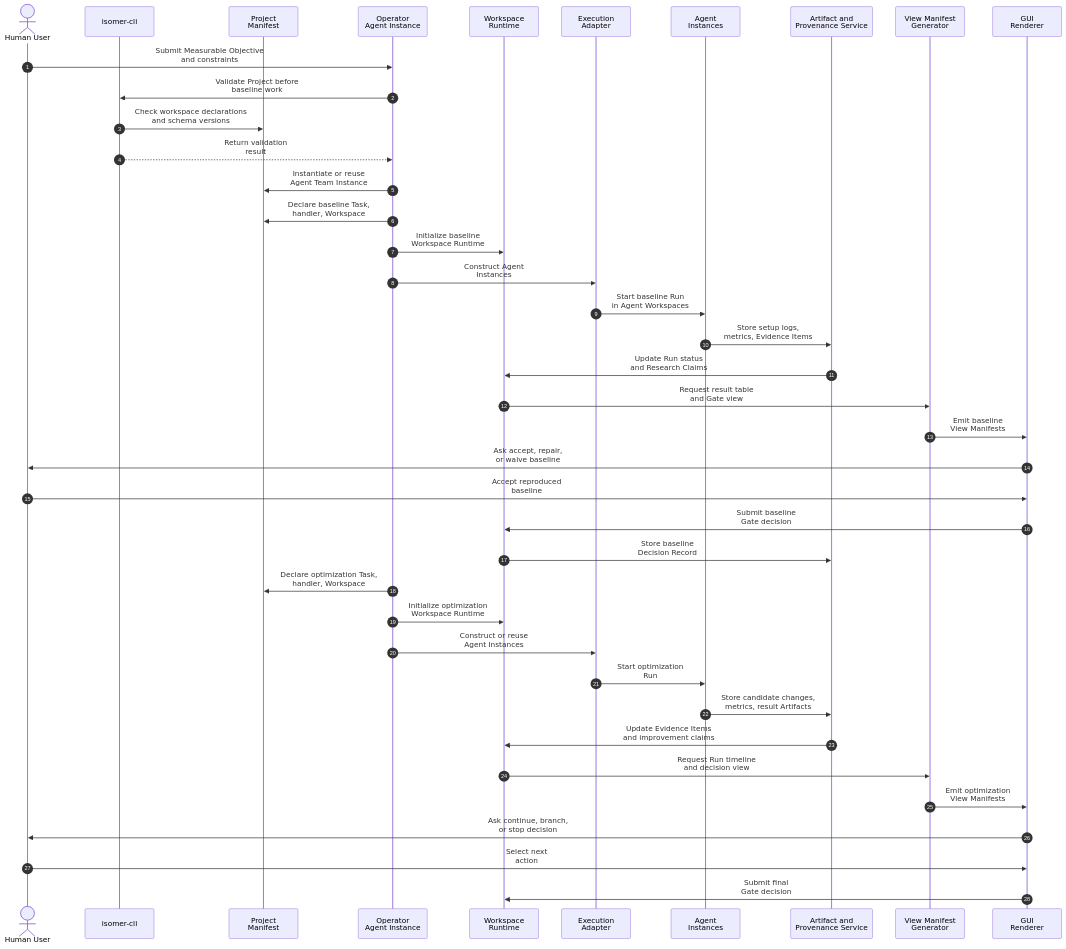
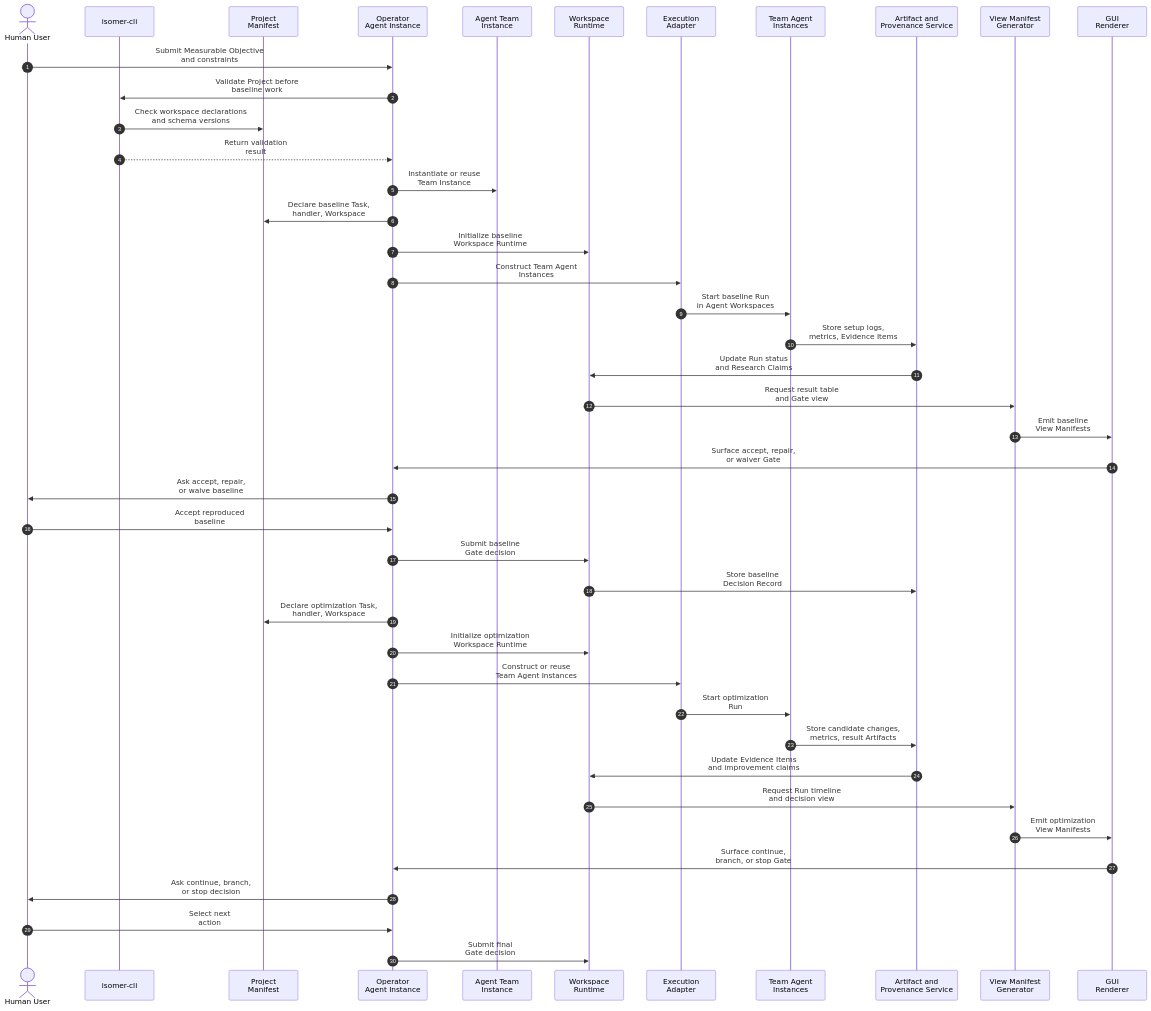
Before and after one commit to CodeGandee/isomer-labs: the second of 2 diagrams in .imsight-arts/project-explore/use-cases/uc-02-reproduce-baseline-and-optimize.md, drawn with Mermaid. The commit also changed other lines of this file and 4 other files, not shown here.

Commit message:
docs: route users through operator agent

````diff
--- a/.imsight-arts/project-explore/use-cases/uc-02-reproduce-baseline-and-optimize.md
+++ b/.imsight-arts/project-explore/use-cases/uc-02-reproduce-baseline-and-optimize.md
@@ -87,43 +92,46 @@
 ```mermaid
 sequenceDiagram
   autonumber
   actor User as Human User
   participant CLI as isomer-cli
   participant PM as Project<br/>Manifest
   participant Operator as Operator<br/>Agent Instance
+  participant Team as Agent Team<br/>Instance
   participant Runtime as Workspace<br/>Runtime
   participant Adapter as Execution<br/>Adapter
-  participant Agents as Agent<br/>Instances
+  participant Agents as Team Agent<br/>Instances
   participant Provenance as Artifact and<br/>Provenance Service
   participant Views as View Manifest<br/>Generator
   participant GUI as GUI<br/>Renderer
 
   User->>Operator: Submit Measurable Objective<br/>and constraints
   Operator->>CLI: Validate Project before<br/>baseline work
   CLI->>PM: Check workspace declarations<br/>and schema versions
   CLI-->>Operator: Return validation<br/>result
-  Operator->>PM: Instantiate or reuse<br/>Agent Team Instance
+  Operator->>Team: Instantiate or reuse<br/>Team Instance
   Operator->>PM: Declare baseline Task,<br/>handler, Workspace
   Operator->>Runtime: Initialize baseline<br/>Workspace Runtime
-  Operator->>Adapter: Construct Agent<br/>Instances
+  Operator->>Adapter: Construct Team Agent<br/>Instances
   Adapter->>Agents: Start baseline Run<br/>in Agent Workspaces
   Agents->>Provenance: Store setup logs,<br/>metrics, Evidence Items
   Provenance->>Runtime: Update Run status<br/>and Research Claims
   Runtime->>Views: Request result table<br/>and Gate view
   Views->>GUI: Emit baseline<br/>View Manifests
-  GUI->>User: Ask accept, repair,<br/>or waive baseline
-  User->>GUI: Accept reproduced<br/>baseline
-  GUI->>Runtime: Submit baseline<br/>Gate decision
+  GUI->>Operator: Surface accept, repair,<br/>or waiver Gate
+  Operator->>User: Ask accept, repair,<br/>or waive baseline
+  User->>Operator: Accept reproduced<br/>baseline
+  Operator->>Runtime: Submit baseline<br/>Gate decision
   Runtime->>Provenance: Store baseline<br/>Decision Record
   Operator->>PM: Declare optimization Task,<br/>handler, Workspace
   Operator->>Runtime: Initialize optimization<br/>Workspace Runtime
-  Operator->>Adapter: Construct or reuse<br/>Agent Instances
+  Operator->>Adapter: Construct or reuse<br/>Team Agent Instances
   Adapter->>Agents: Start optimization<br/>Run
   Agents->>Provenance: Store candidate changes,<br/>metrics, result Artifacts
   Provenance->>Runtime: Update Evidence Items<br/>and improvement claims
   Runtime->>Views: Request Run timeline<br/>and decision view
   Views->>GUI: Emit optimization<br/>View Manifests
-  GUI->>User: Ask continue, branch,<br/>or stop decision
-  User->>GUI: Select next<br/>action
-  GUI->>Runtime: Submit final<br/>Gate decision
+  GUI->>Operator: Surface continue,<br/>branch, or stop Gate
+  Operator->>User: Ask continue, branch,<br/>or stop decision
+  User->>Operator: Select next<br/>action
+  Operator->>Runtime: Submit final<br/>Gate decision
 ```
````
